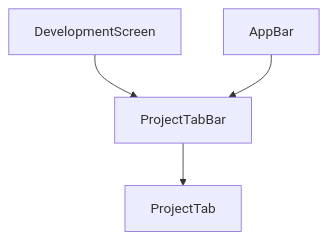
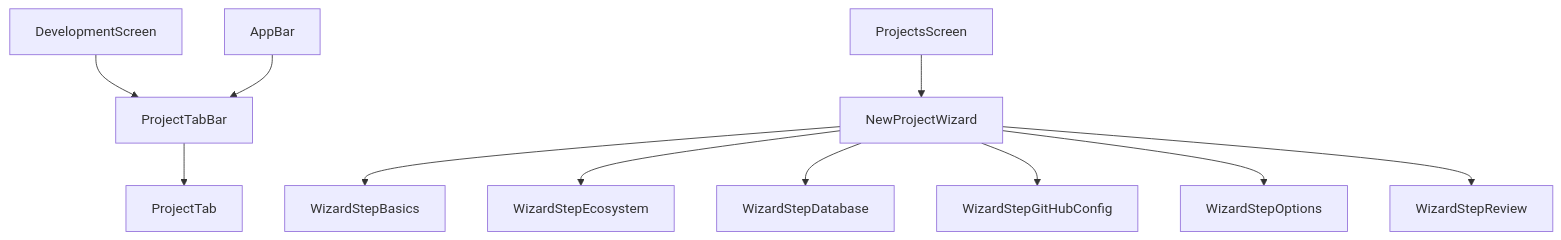
The eighth of 15 diagrams in docs/architecture/component-hierarchy.md (strawhatluka/cola-records), drawn with Mermaid before and after one commit. The commit also changed other lines of this file and 7 other files, not shown here.

````diff
--- a/docs/architecture/component-hierarchy.md
+++ b/docs/architecture/component-hierarchy.md
@@ -241,6 +243,14 @@
 ```mermaid
 graph TD
     DevelopmentScreen[DevelopmentScreen] --> ProjectTabBar[ProjectTabBar]
     ProjectTabBar --> ProjectTab[ProjectTab]
     AppBar[AppBar] --> ProjectTabBar
+
+    ProjectsScreen[ProjectsScreen] --> NewProjectWizard[NewProjectWizard]
+    NewProjectWizard --> WizardStepBasics[WizardStepBasics]
+    NewProjectWizard --> WizardStepEcosystem[WizardStepEcosystem]
+    NewProjectWizard --> WizardStepDatabase[WizardStepDatabase]
+    NewProjectWizard --> WizardStepGitHubConfig[WizardStepGitHubConfig]
+    NewProjectWizard --> WizardStepOptions[WizardStepOptions]
+    NewProjectWizard --> WizardStepReview[WizardStepReview]
 ```
````
